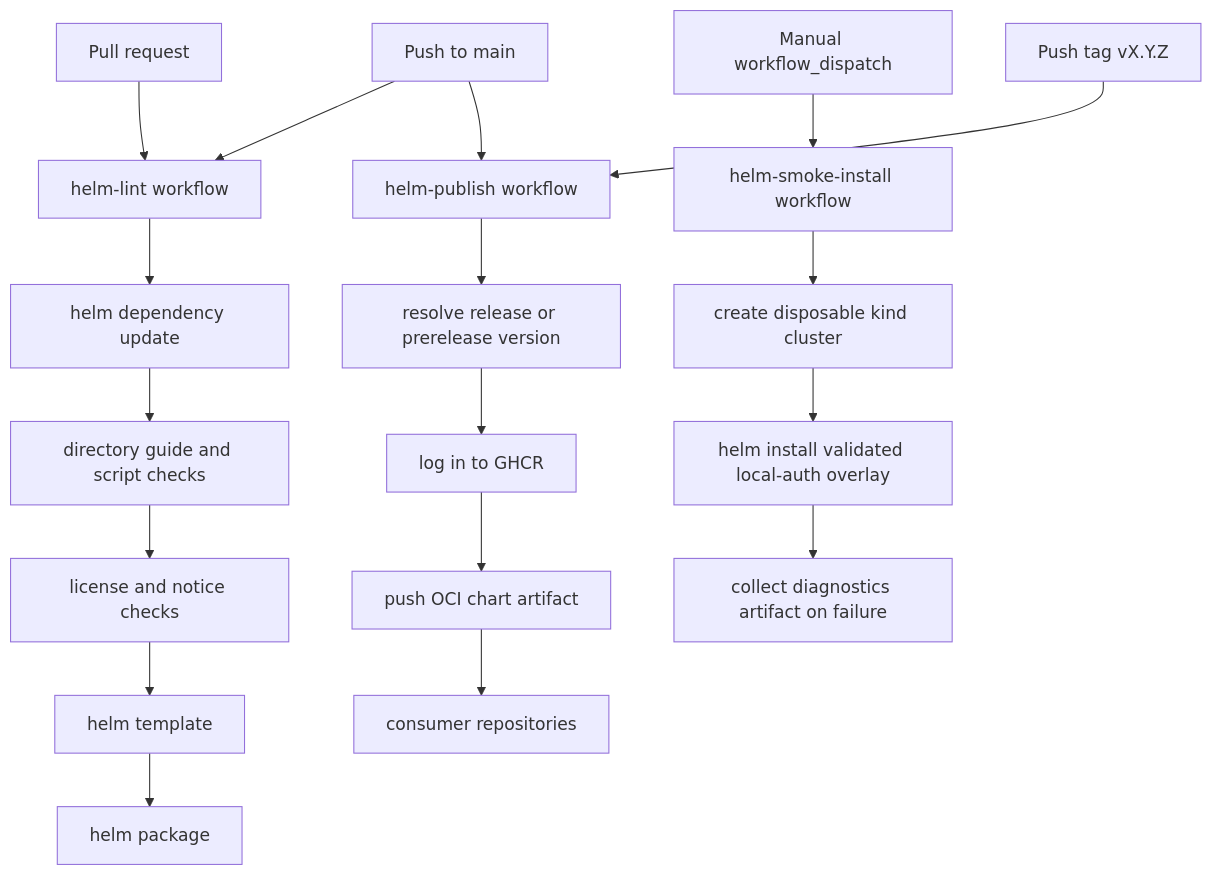
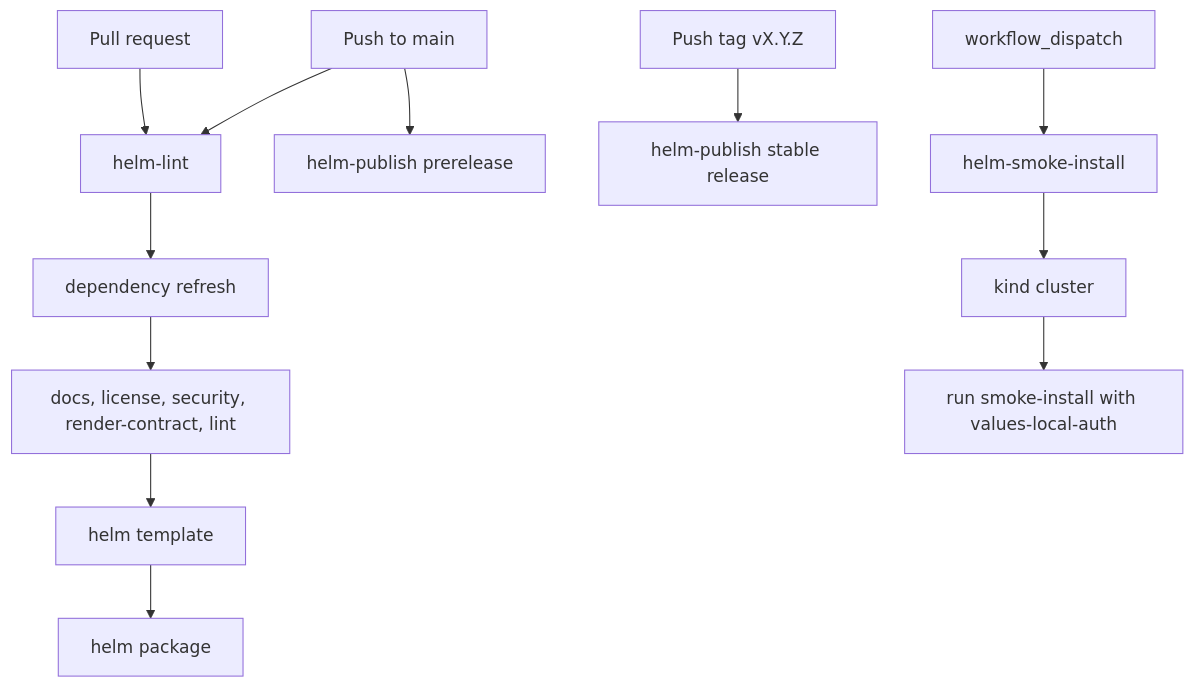
One commit to sanger-pathogens/dlh-in-a-box-umbrella-helm-chart changed the diagram in .github/workflows/README.md. Above: the diagram before and after it, drawn with Mermaid. The commit also changed other lines of this file and 27 other files, not shown here.

Commit message:
Rewrite and simplify chart documentation

````diff
--- a/.github/workflows/README.md
+++ b/.github/workflows/README.md
@@ -15,21 +18,15 @@
 ```mermaid
 flowchart TD
-  MainPush[Push to main] --> Lint[helm-lint workflow]
-  MainPush --> Publish[helm-publish workflow]
-  PullRequest[Pull request] --> Lint
-  Lint --> DependencyUpdate[helm dependency update]
-  DependencyUpdate --> DocsChecks[directory guide and script checks]
-  DocsChecks --> LicenseChecks[license and notice checks]
-  LicenseChecks --> Render[helm template]
+  PR[Pull request] --> Lint[helm-lint]
+  Main[Push to main] --> Lint
+  Main --> Publish[helm-publish prerelease]
+  Tag[Push tag vX.Y.Z] --> PublishStable[helm-publish stable release]
+  Manual[workflow_dispatch] --> Smoke[helm-smoke-install]
+
+  Lint --> Deps[dependency refresh]
+  Deps --> Checks[docs, license, security, render-contract, lint]
+  Checks --> Render[helm template]
   Render --> Package[helm package]
-  ManualRun[Manual workflow_dispatch] --> Smoke[helm-smoke-install workflow]
-  Smoke --> Kind[create disposable kind cluster]
-  Kind --> Install[helm install validated local-auth overlay]
-  Install --> Diagnostics[collect diagnostics artifact on failure]
-
-  TagPush[Push tag vX.Y.Z] --> Publish
-  Publish --> ResolveVersion[resolve release or prerelease version]
-  ResolveVersion --> GHCRLogin[log in to GHCR]
-  GHCRLogin --> PushArtifact[push OCI chart artifact]
-  PushArtifact --> ConsumerRepos[consumer repositories]
+  Smoke --> Kind[kind cluster]
+  Kind --> LocalAuth[run smoke-install with values-local-auth]
 ```
````
